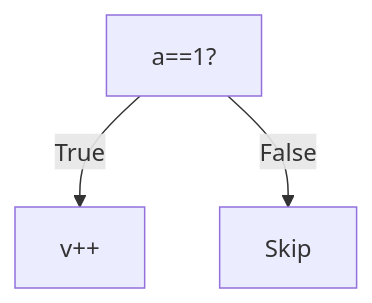
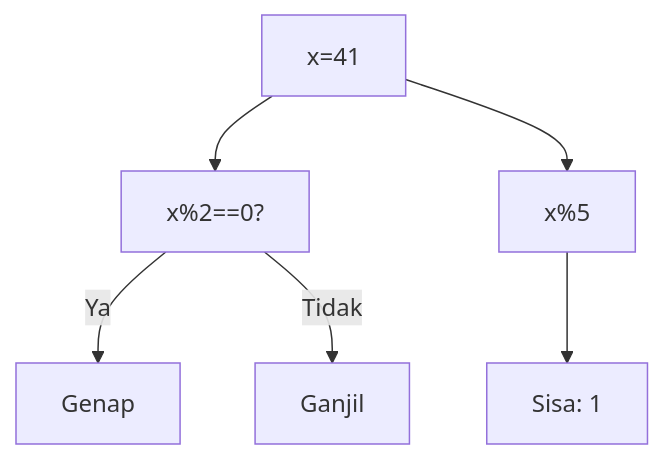
One commit to amnahwaida/OSNK_INF_PREP changed the eighth of 25 diagrams in part-c-pemahaman-cpp/01-tipe-data/latihan/set-04.md. Above: the diagram before and after it, drawn with Mermaid. The commit also changed other lines of this file and 71 other files, not shown here.

Commit message:
Fixed Mermaid syntax lexical errors with quoted labels in 1,800 questions

````diff
--- a/part-c-pemahaman-cpp/01-tipe-data/latihan/set-04.md
+++ b/part-c-pemahaman-cpp/01-tipe-data/latihan/set-04.md
@@ -354,5 +237,8 @@
 ```mermaid
 graph TD
-A[a==1?] -- True --> B[v++]
-A -- False --> C[Skip]
+A["x=41"] --> B["x%2==0?"]
+B -- Ya --> C["Genap"]
+B -- Tidak --> D["Ganjil"]
+A --> E["x%5"]
+E --> F["Sisa: 1"]
 ```
````
